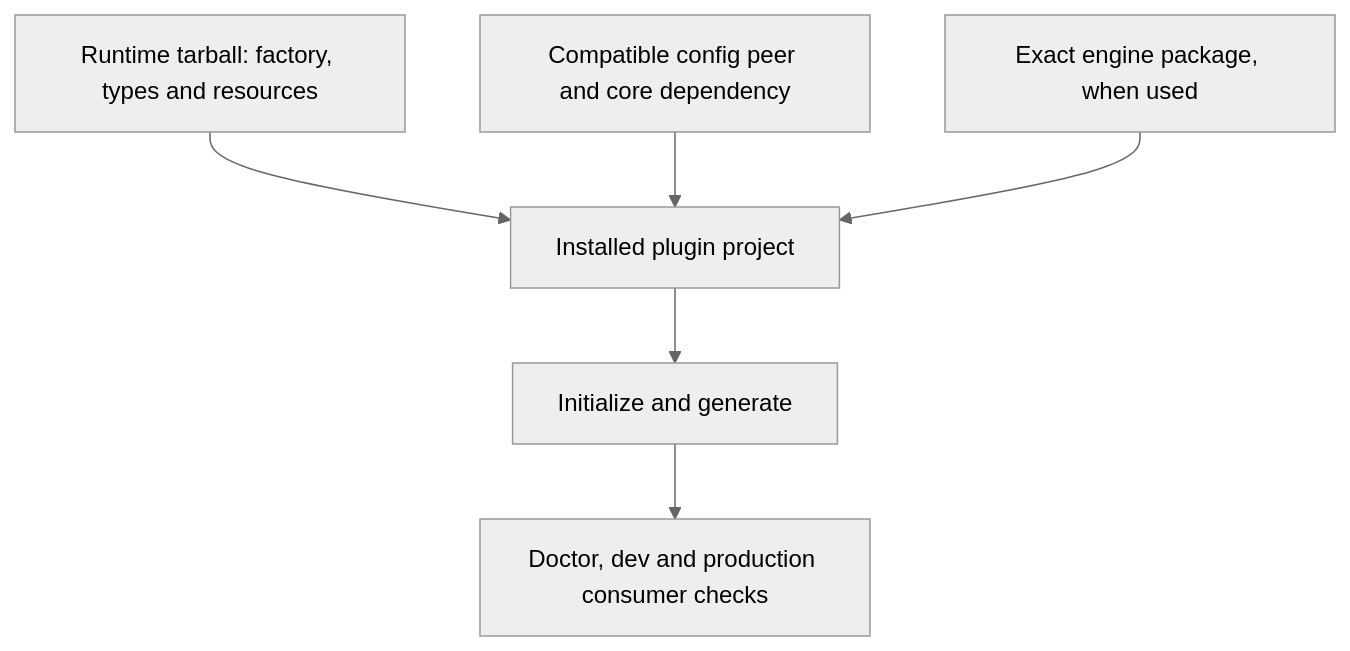
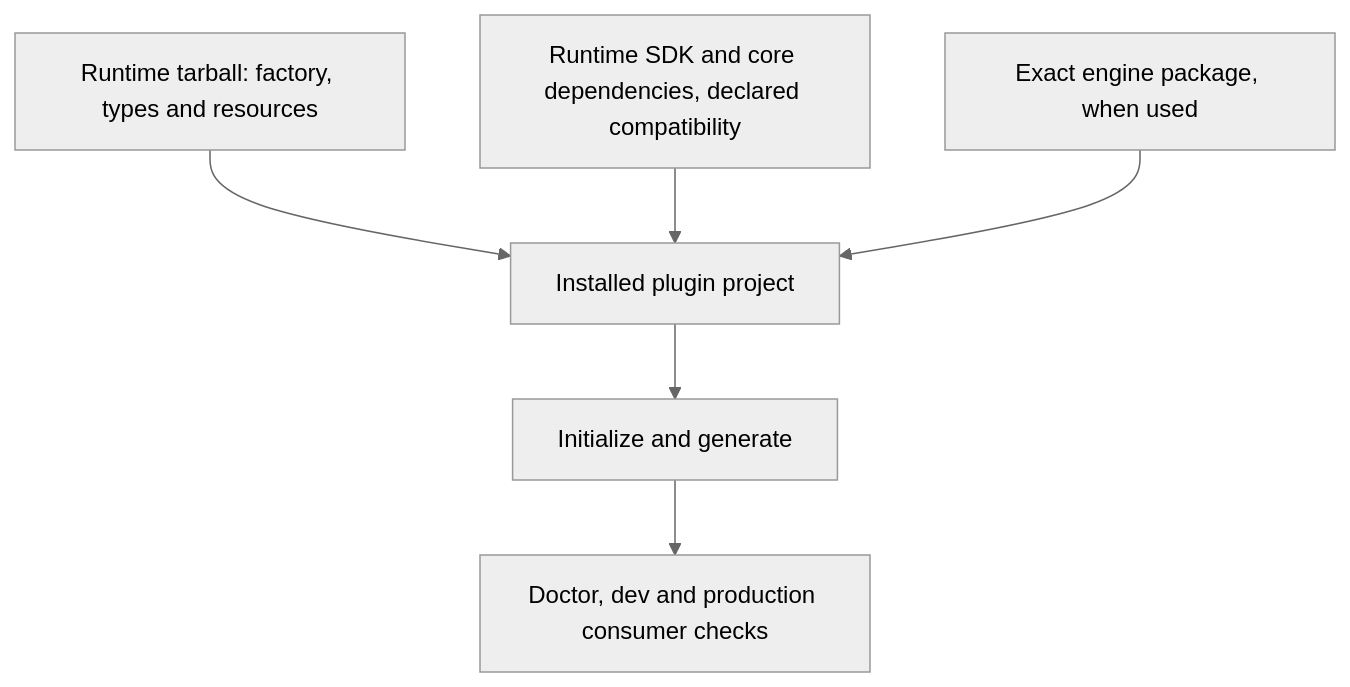
Before and after one commit to soundor/soundor: the diagram in apps/website/content/docs/contribute/build-runtime/publishing.md, drawn with Mermaid (neutral theme). The commit also changed other lines of this file and 55 other files, not shown here.

````diff
--- a/apps/website/content/docs/contribute/build-runtime/publishing.md
+++ b/apps/website/content/docs/contribute/build-runtime/publishing.md
@@ -22,8 +21,8 @@
 ```mermaid
 flowchart TD
     package["Runtime tarball: factory, types and resources"] --> project["Installed plugin project"]
-    peers["Compatible config peer and core dependency"] --> project
+    deps["Runtime SDK and core dependencies, declared compatibility"] --> project
     engine["Exact engine package, when used"] --> project
     project --> init["Initialize and generate"]
     init --> verify["Doctor, dev and production consumer checks"]
 ```
````
